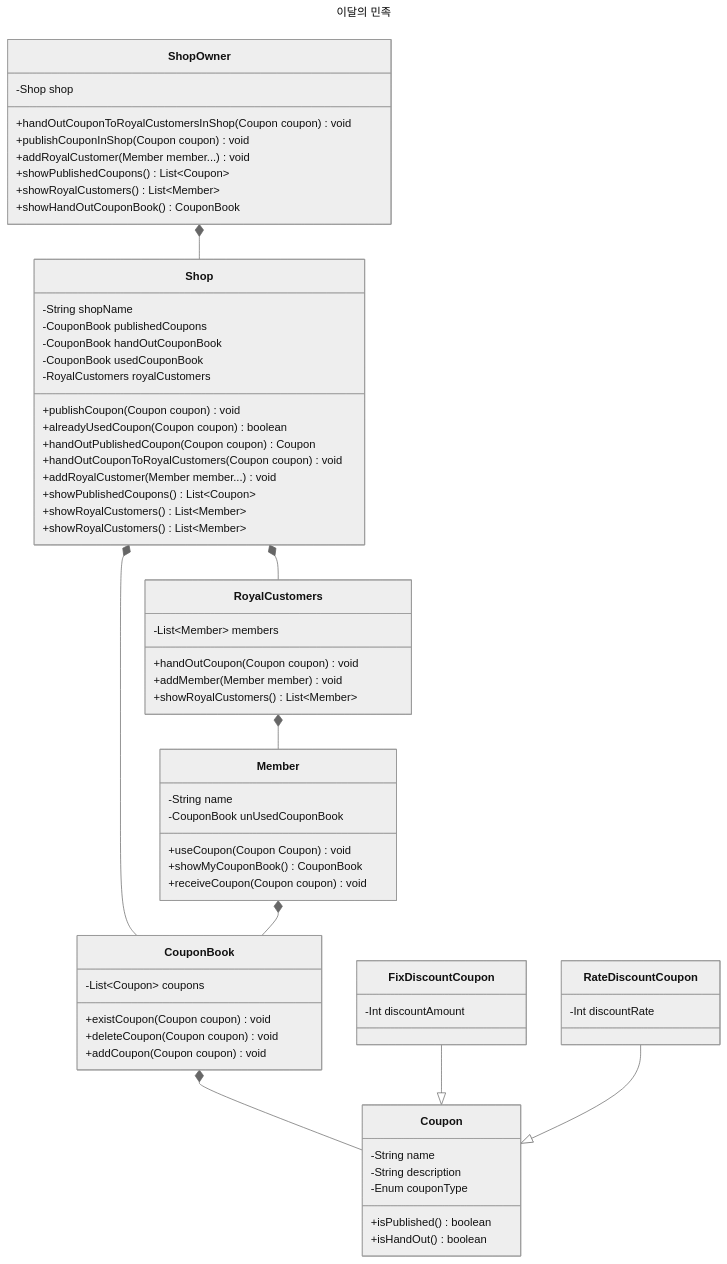
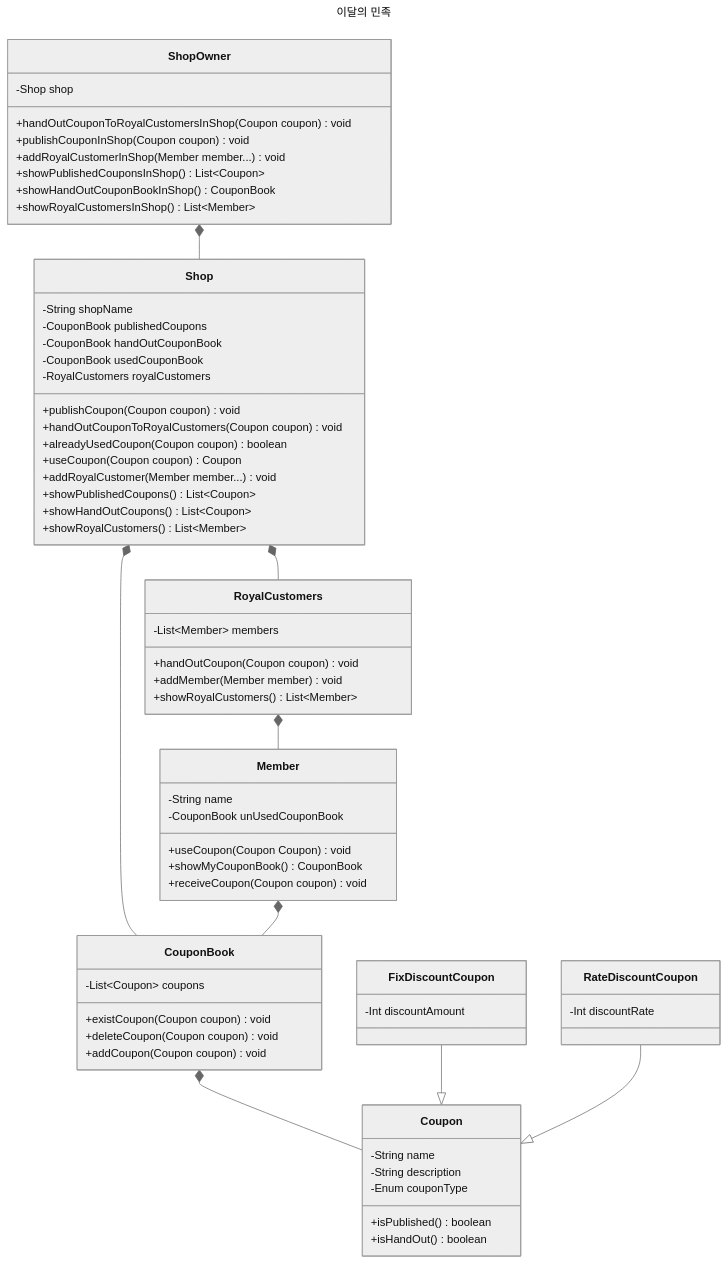
The first of 2 diagrams in README.md (Exagonal-Study/est-delivery), drawn with Mermaid (neutral theme) before and after one commit.

Commit message:
chore : 객체 모델링 수정

````diff
--- a/README.md
+++ b/README.md
@@ -41,79 +41,79 @@
 ```mermaid
 ---
 title: 이달의 민족
 ---
 classDiagram
     Shop *-- CouponBook
     Shop *-- RoyalCustomers
     RoyalCustomers *-- Member
     Member *-- CouponBook
     CouponBook *-- Coupon
     FixDiscountCoupon --|> Coupon
     RateDiscountCoupon --|> Coupon
     ShopOwner *-- Shop
 
     class CouponBook{
 			-List~Coupon~ coupons
 			+existCoupon(Coupon coupon) void
 			+deleteCoupon(Coupon coupon) void
 			+addCoupon(Coupon coupon) void
     }
 
     class Coupon{
 			-String name
 			-String description
 			-Enum couponType
 			+isPublished() boolean
 			+isHandOut() boolean
     }
 
     class FixDiscountCoupon{
 			-Int discountAmount
     }
 
     class RateDiscountCoupon{
 			-Int discountRate
     }
 
     class Member{
 			-String name
 			-CouponBook unUsedCouponBook
 			+useCoupon(Coupon Coupon) void
 			+showMyCouponBook() CouponBook
 			+receiveCoupon(Coupon coupon) void
     }
 
-		class ShopOwner{
-			-Shop shop
-			+handOutCouponToRoyalCustomersInShop(Coupon coupon) void
-			+publishCouponInShop(Coupon coupon) void
-			+addRoyalCustomer(Member member...) void
-			+showPublishedCoupons() List~Coupon~
-			+showRoyalCustomers() List~Member~
-			+showHandOutCouponBook() CouponBook
-		}
+    class ShopOwner{
+        -Shop shop
+        +handOutCouponToRoyalCustomersInShop(Coupon coupon) void
+        +publishCouponInShop(Coupon coupon) void
+        +addRoyalCustomerInShop(Member member...) void
+        +showPublishedCouponsInShop() List~Coupon~
+        +showHandOutCouponBookInShop() CouponBook
+        +showRoyalCustomersInShop() List~Member~
+    }
 
-		class Shop{
-			-String shopName
-			-CouponBook publishedCoupons
-            -CouponBook handOutCouponBook
-			-CouponBook usedCouponBook
-			-RoyalCustomers royalCustomers
-			+publishCoupon(Coupon coupon) void
-			+alreadyUsedCoupon(Coupon coupon) boolean
-			+handOutPublishedCoupon(Coupon coupon) Coupon
-			+handOutCouponToRoyalCustomers(Coupon coupon) void
-            +addRoyalCustomer(Member member...) void
-			+showPublishedCoupons() List~Coupon~
-            +showRoyalCustomers() List~Member~
-			+showRoyalCustomers() List~Member~
-		}
+    class Shop{
+        -String shopName
+        -CouponBook publishedCoupons
+        -CouponBook handOutCouponBook
+        -CouponBook usedCouponBook
+        -RoyalCustomers royalCustomers
+        +publishCoupon(Coupon coupon) void
+        +handOutCouponToRoyalCustomers(Coupon coupon) void
+        +alreadyUsedCoupon(Coupon coupon) boolean
+        +useCoupon(Coupon coupon) Coupon
+        +addRoyalCustomer(Member member...) void
+        +showPublishedCoupons() List~Coupon~
+        +showHandOutCoupons() List~Coupon~
+        +showRoyalCustomers() List~Member~
+    }
 
-		class RoyalCustomers{
-			-List~Member~ members
-			+handOutCoupon(Coupon coupon) void
-			+addMember(Member member) void
-			+showRoyalCustomers() List~Member~
-		}
+    class RoyalCustomers{
+        -List~Member~ members
+        +handOutCoupon(Coupon coupon) void
+        +addMember(Member member) void
+        +showRoyalCustomers() List~Member~
+    }
 
 ```
````
